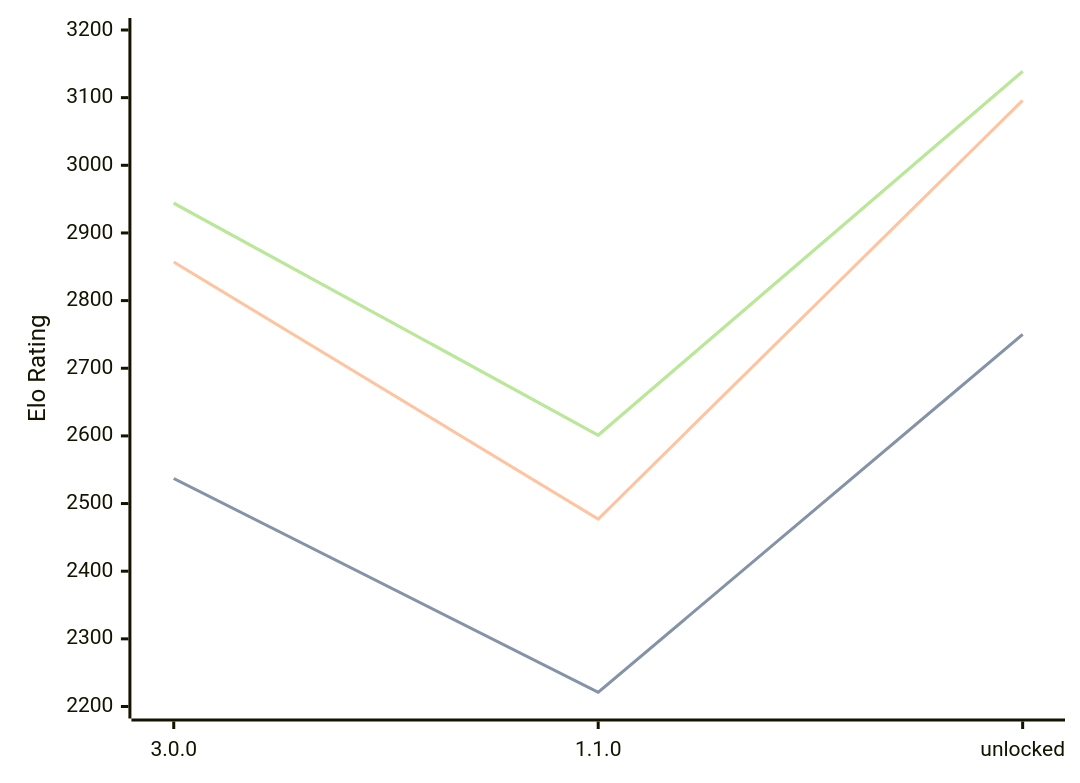
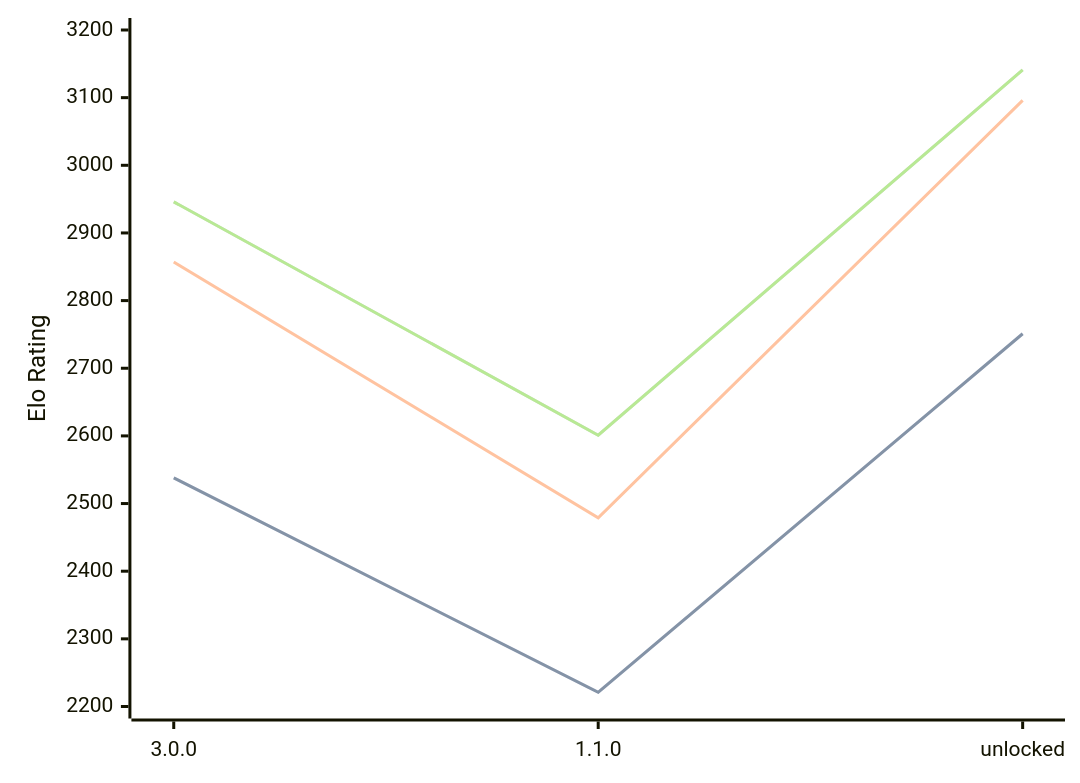
One commit to computer-chess-index/cci changed the diagram in engines/Potential.md. Above: the diagram before and after it, drawn with Mermaid. The commit also changed other lines of this file, not shown here.

Commit message:
Update CCI Ratings (ELO VLTC) - 2026-09-05

````diff
--- a/engines/Potential.md
+++ b/engines/Potential.md
@@ -33,11 +33,11 @@
 ```mermaid
 %%{init: {"theme":"base","themeVariables":{"seriesColors:['#a3a3a3','#222221','#faa371']}}}%%
 xychart-beta
   x-axis ["3.0.0", "1.1.0", "unlocked"]
   y-axis "Elo Rating" 2200 --> 3200
-  line "" [2537, 2221, 2750]
-  line "STC (8.0+0.08s)" [2537, 2221, 2750]
-  line "LTC (60.0+0.60s)" [2857, 2477, 3096]
-  line "" [2944, 2601, 3139]
-  line "VLTC (2m24s+1.12s)" [2944, 2601, 3139]
+  line "" [2538, 2221, 2751]
+  line "STC (8.0+0.08s)" [2538, 2221, 2751]
+  line "LTC (60.0+0.60s)" [2857, 2479, 3096]
+  line "" [2946, 2601, 3141]
+  line "VLTC (2m24s+1.12s)" [2946, 2601, 3141]
 ```
````
